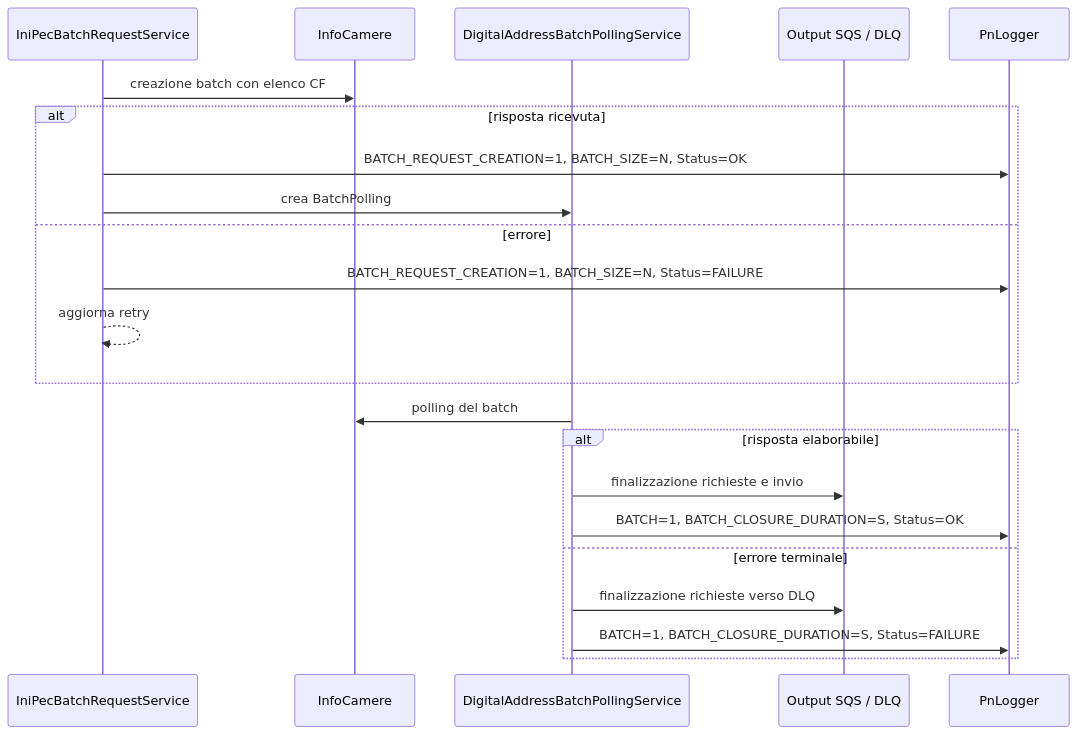
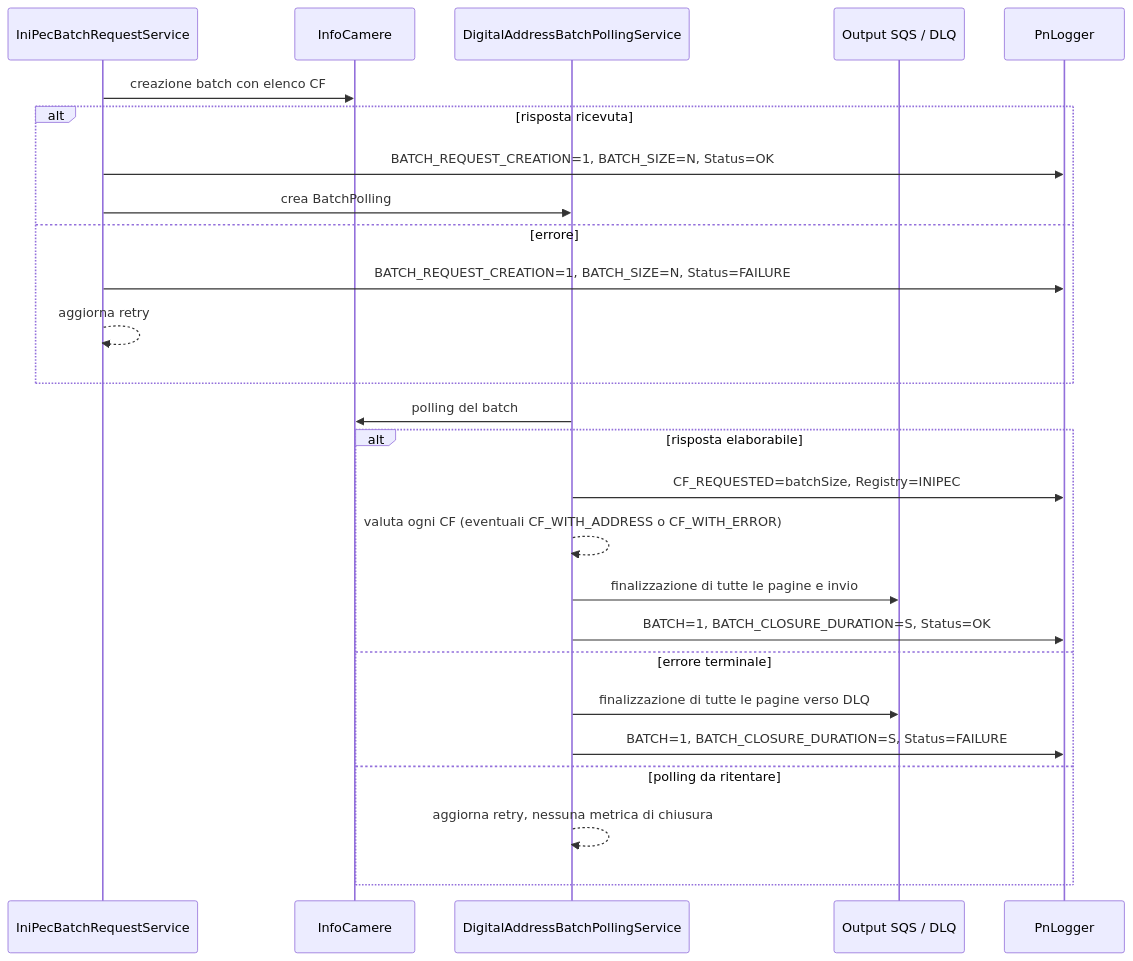
The diagram in docs/ms/metriche.md (pagopa/pn-national-registries), drawn with Mermaid before and after one commit. The commit also changed other lines of this file and 3 other files, not shown here.

````diff
--- a/docs/ms/metriche.md
+++ b/docs/ms/metriche.md
@@ -172,26 +276,30 @@
 ```mermaid
 sequenceDiagram
     participant S as IniPecBatchRequestService
     participant I as InfoCamere
     participant P as DigitalAddressBatchPollingService
     participant Q as Output SQS / DLQ
     participant L as PnLogger
 
     S->>I: creazione batch con elenco CF
     alt risposta ricevuta
         S->>L: BATCH_REQUEST_CREATION=1, BATCH_SIZE=N, Status=OK
         S->>P: crea BatchPolling
     else errore
         S->>L: BATCH_REQUEST_CREATION=1, BATCH_SIZE=N, Status=FAILURE
         S-->>S: aggiorna retry
     end
 
     P->>I: polling del batch
     alt risposta elaborabile
-        P->>Q: finalizzazione richieste e invio
+        P->>L: CF_REQUESTED=batchSize, Registry=INIPEC
+        P-->>P: valuta ogni CF (eventuali CF_WITH_ADDRESS o CF_WITH_ERROR)
+        P->>Q: finalizzazione di tutte le pagine e invio
         P->>L: BATCH=1, BATCH_CLOSURE_DURATION=S, Status=OK
     else errore terminale
-        P->>Q: finalizzazione richieste verso DLQ
+        P->>Q: finalizzazione di tutte le pagine verso DLQ
         P->>L: BATCH=1, BATCH_CLOSURE_DURATION=S, Status=FAILURE
+    else polling da ritentare
+        P-->>P: aggiorna retry, nessuna metrica di chiusura
     end
 ```
````
